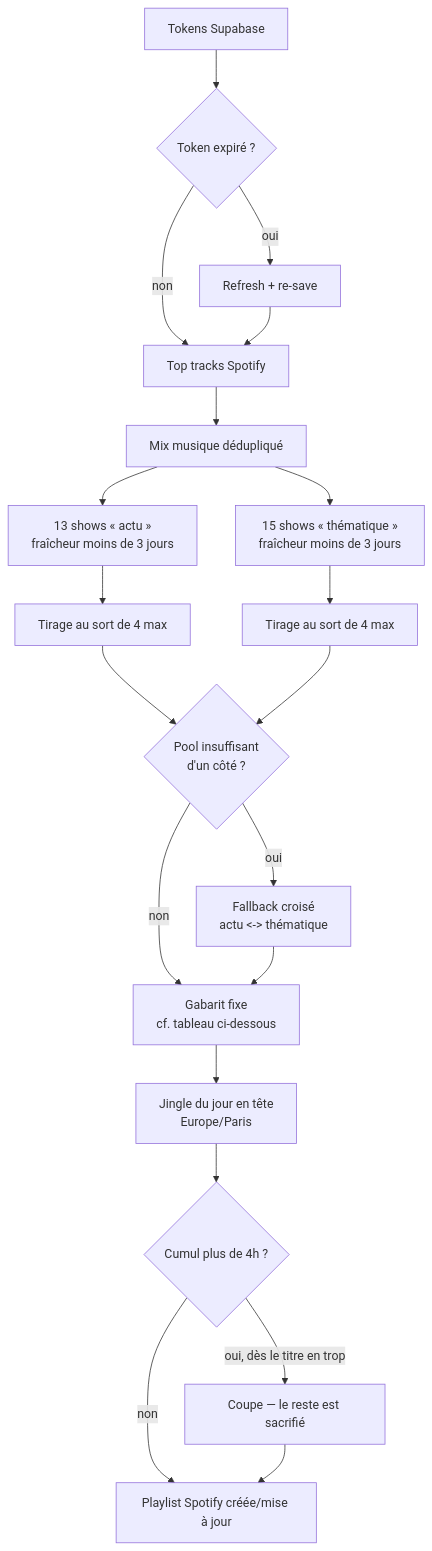
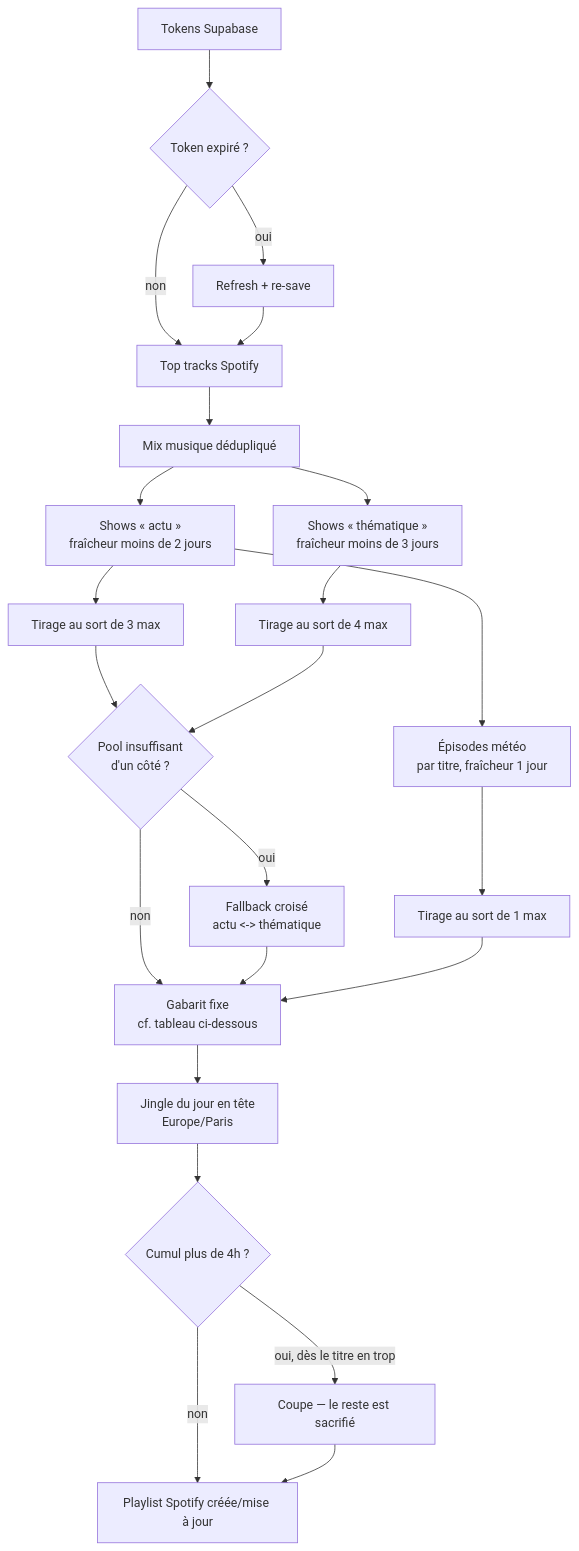
The diagram in docs/PLAYLIST_GENERATION.md (matthieulechat/mon-daily), drawn with Mermaid before and after one commit. The commit also changed other lines of this file and 4 other files, not shown here.

````diff
--- a/docs/PLAYLIST_GENERATION.md
+++ b/docs/PLAYLIST_GENERATION.md
@@ -7,27 +7,30 @@
 ```mermaid
 flowchart TD
     A[Tokens Supabase] --> B{Token expiré ?}
     B -->|oui| C[Refresh + re-save]
     B -->|non| D[Top tracks Spotify]
     C --> D
 
     D --> E[Mix musique dédupliqué]
 
-    E --> F[13 shows « actu »<br/>fraîcheur moins de 3 jours]
-    F --> G[Tirage au sort de 4 max]
+    E --> F[Shows « actu »<br/>fraîcheur moins de 2 jours]
+    F --> G[Tirage au sort de 3 max]
+    F --> F2[Épisodes météo<br/>par titre, fraîcheur 1 jour]
+    F2 --> G2[Tirage au sort de 1 max]
 
-    E --> H[15 shows « thématique »<br/>fraîcheur moins de 3 jours]
+    E --> H[Shows « thématique »<br/>fraîcheur moins de 3 jours]
     H --> I[Tirage au sort de 4 max]
 
     G --> J{Pool insuffisant<br/>d'un côté ?}
     I --> J
     J -->|oui| K[Fallback croisé<br/>actu <-> thématique]
     J -->|non| L[Gabarit fixe<br/>cf. tableau ci-dessous]
     K --> L
+    G2 --> L
 
     L --> M[Jingle du jour en tête<br/>Europe/Paris]
     M --> N{Cumul plus de 4h ?}
     N -->|oui, dès le titre en trop| O[Coupe — le reste est sacrifié]
     N -->|non| P[Playlist Spotify créée/mise à jour]
     O --> P
 ```
````
